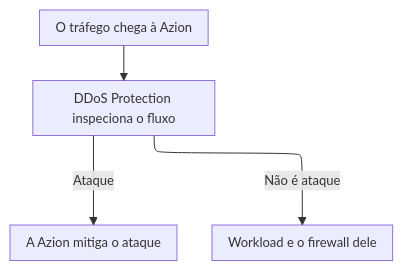
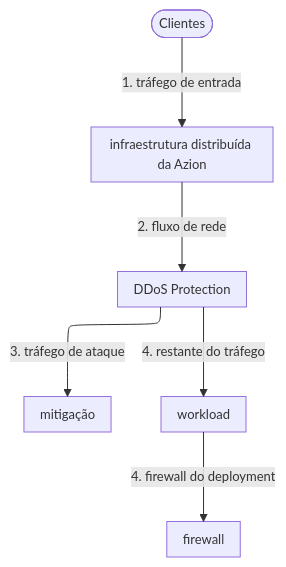
One commit to aziontech/docs changed the fifth of 5 diagrams in apps/docs/src/content/docs/pt-br/pages/secure/workloads/como-funciona.mdx. Above: the diagram before and after it, drawn with Mermaid. The commit also changed other lines of this file and 7 other files, not shown here.

````diff
--- a/apps/docs/src/content/docs/pt-br/pages/secure/workloads/como-funciona.mdx
+++ b/apps/docs/src/content/docs/pt-br/pages/secure/workloads/como-funciona.mdx
@@ -228,7 +283,15 @@
 ```mermaid
-%%{init: {"layout": "elk", "themeVariables": {"fontSize": "13px"}, "flowchart": {"nodeSpacing": 24, "rankSpacing": 36, "padding": 8, "wrappingWidth": 150, "useMaxWidth": true}, "sequence": {"width": 120, "actorMargin": 30, "useMaxWidth": true}}}%%
+%%{init: {"layout": "elk", "elk": {"preset": "modelOrder", "keepEntryNodeOnTop": true}, "themeVariables": {"fontSize": "13px"}, "flowchart": {"nodeSpacing": 24, "rankSpacing": 36, "padding": 8, "wrappingWidth": 150, "useMaxWidth": true}, "sequence": {"width": 120, "actorMargin": 30, "useMaxWidth": true}}}%%
 flowchart TD
-  In["O tráfego chega à Azion"] --> Inspect["DDoS Protection inspeciona o fluxo"]
-  Inspect -->|"Ataque"| Mitigate["A Azion mitiga o ataque"]
-  Inspect -->|"Não é ataque"| Workload["Workload e o firewall dele"]
+  Clients(["Clientes"])
+  Infra["infraestrutura distribuída da Azion"]
+  DDoS["DDoS Protection"]
+  Mit["mitigação"]
+  WL["workload"]
+  FW["firewall"]
+  Clients -->|"1. tráfego de entrada"| Infra
+  Infra -->|"2. fluxo de rede"| DDoS
+  DDoS -->|"3. tráfego de ataque"| Mit
+  DDoS -->|"4. restante do tráfego"| WL
+  WL -->|"4. firewall do deployment"| FW
 ```
````
